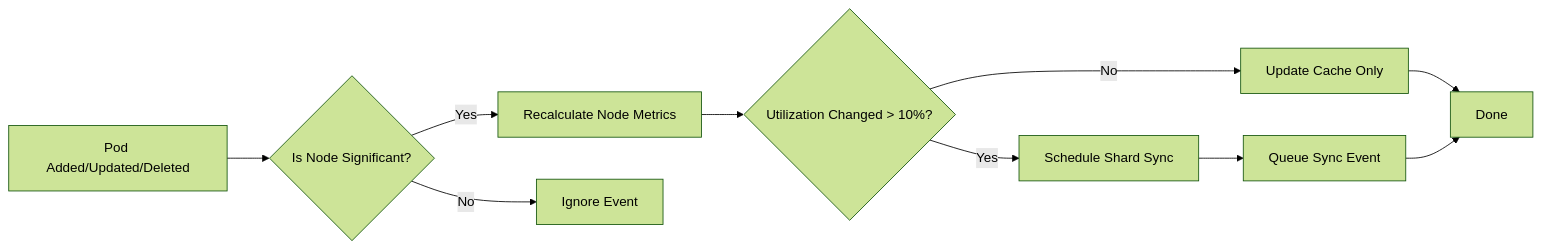
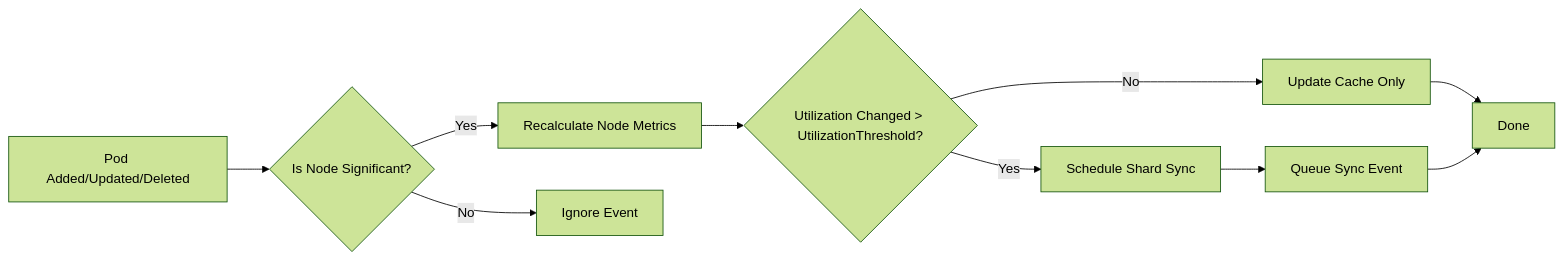
Before and after one commit to volcano-sh/volcano: the second of 2 diagrams in docs/design/sharding_controller.md, drawn with Mermaid (forest theme). The commit also changed other lines of this file and 8 other files, not shown here.

````diff
--- a/docs/design/sharding_controller.md
+++ b/docs/design/sharding_controller.md
@@ -125,12 +125,12 @@
 ```mermaid
 graph LR
     A[Pod Added/Updated/Deleted] --> B{Is Node Significant?}
     B -->|Yes| C[Recalculate Node Metrics]
     B -->|No| D[Ignore Event]
-    C --> E{Utilization Changed > 10%?}
+    C --> E{Utilization Changed > UtilizationThreshold?}
     E -->|Yes| F[Schedule Shard Sync]
     E -->|No| G[Update Cache Only]
     F --> H[Queue Sync Event]
     G --> I[Done]
     H --> I
 ```
````
